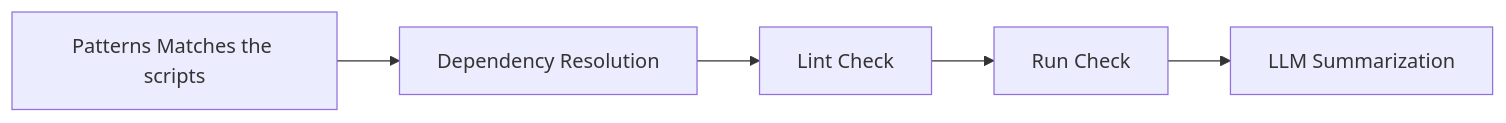
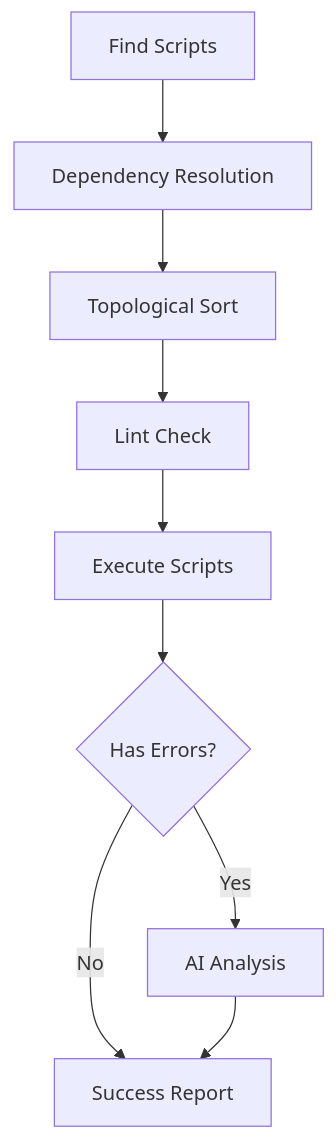
One commit to kkkamur07/repcheck changed the diagram in README.md. Above: the diagram before and after it, drawn with Mermaid. The commit also changed other lines of this file, not shown here.

````diff
--- a/README.md
+++ b/README.md
@@ -54,7 +15,11 @@
 ```mermaid
-flowchart LR
-    A[Patterns Matches the scripts] --> B[Dependency Resolution]
-    B --> C[Lint Check]
-    C --> D[Run Check]
-    D --> E[LLM Summarization]
+flowchart TB
+    A[Find Scripts] --> B[Dependency Resolution]
+    B --> C[Topological Sort]
+    C --> D[Lint Check]
+    D --> E[Execute Scripts]
+    E --> F{Has Errors?}
+    F -->|Yes| G[AI Analysis]
+    F -->|No| H[Success Report]
+    G --> H
 ```
````
